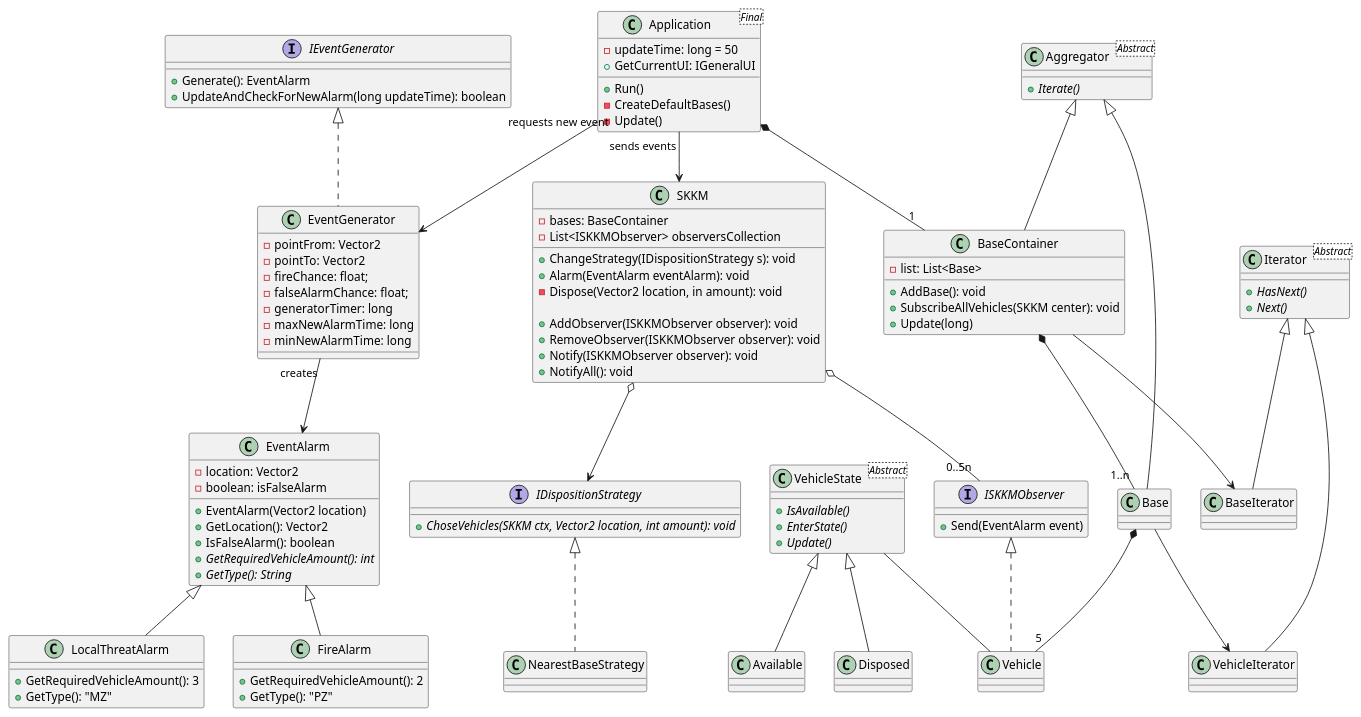
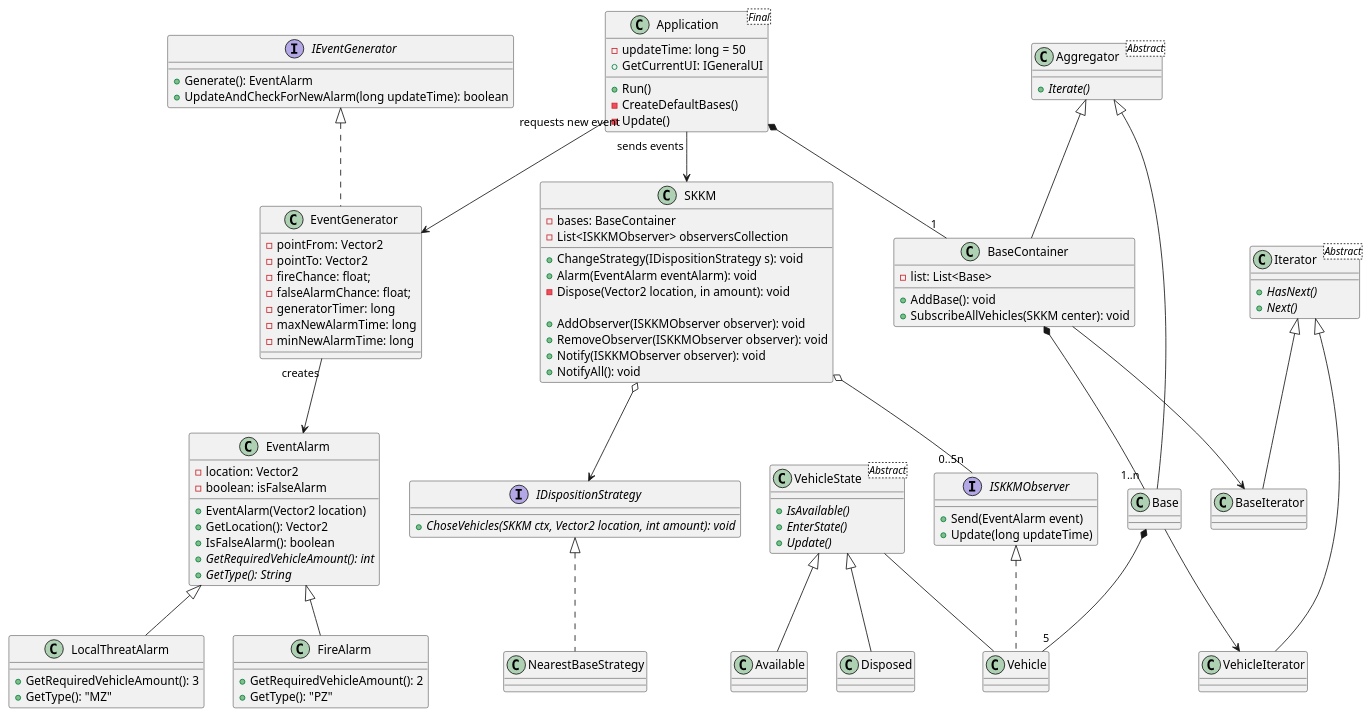
Before and after one commit to CKTA00/TO_lab_5: the diagram in src/uml.puml, drawn with PlantUML. The commit also changed 5 other files, not shown here.

```diff
--- a/src/uml.puml
+++ b/src/uml.puml
@@ -1,143 +1,143 @@
 @startuml
 
 'TODO: Update uml (new VehicleStates, ui, many functions)
 
 class Application <Final>{
     -updateTime: long = 50
     +Run()
     +GetCurrentUI: IGeneralUI
     -CreateDefaultBases()
     -Update()
 }
 
 interface IEventGenerator{
     +Generate(): EventAlarm
     +UpdateAndCheckForNewAlarm(long updateTime): boolean
 }
 
 class EventGenerator implements IEventGenerator{
     -pointFrom: Vector2
     -pointTo: Vector2
     -fireChance: float;
     -falseAlarmChance: float;
     -generatorTimer: long
     -maxNewAlarmTime: long
     -minNewAlarmTime: long
 }
 
 class EventAlarm{
     -location: Vector2
     -boolean: isFalseAlarm
     +EventAlarm(Vector2 location)
     +GetLocation(): Vector2
     +IsFalseAlarm(): boolean
     +<i>GetRequiredVehicleAmount(): int
     +<i>GetType(): String
 }
 
 
 class FireAlarm extends EventAlarm{
     +GetRequiredVehicleAmount(): 2
     +GetType(): "PZ"
 }
 
 class LocalThreatAlarm extends EventAlarm{
     +GetRequiredVehicleAmount(): 3
     +GetType(): "MZ"
 }
 
 interface ISKKMObserver
 {
     +Send(EventAlarm event)
+    +Update(long updateTime)
 }
 
 
 class SKKM{
     -bases: BaseContainer
     -List<ISKKMObserver> observersCollection
     +ChangeStrategy(IDispositionStrategy s): void
     +Alarm(EventAlarm eventAlarm): void
     -Dispose(Vector2 location, in amount): void
 
     +AddObserver(ISKKMObserver observer): void
     +RemoveObserver(ISKKMObserver observer): void
     +Notify(ISKKMObserver observer): void
     +NotifyAll(): void
 }
 
 class Iterator<Abstract>{
     +<i>HasNext()
     +<i>Next()
 }
 class Aggregator<Abstract>{
     +<i>Iterate()
 }
 
 class BaseContainer extends Aggregator
 {
     -list: List<Base>
     +AddBase(): void
     +SubscribeAllVehicles(SKKM center): void
-    +Update(long)
 }
 
 class BaseIterator extends Iterator
 {
 
 }
 
 class Base extends Aggregator
 {
 
 }
 
 class VehicleIterator extends Iterator
 {
 
 }
 
 class Vehicle implements ISKKMObserver{
 
 }
 
 
 
 interface IDispositionStrategy{
     +<i>ChoseVehicles(SKKM ctx, Vector2 location, int amount): void
 }
 
 class NearestBaseStrategy implements IDispositionStrategy {
 }
 
 class VehicleState<Abstract>{
     +<i>IsAvailable()</i>
     +<i>EnterState()</i>
     +<i>Update()</i>
 }
 
 class Available extends VehicleState{
 }
 
 class Disposed extends VehicleState{
 }
 
 
 'Fire ..> "can transition" FalseAlarm
 'OtherEvent ..> "can transition" FalseAlarm
 EventGenerator "creates" --> EventAlarm
 Application "sends events"--> SKKM
 Application "requests new event"--> EventGenerator
 SKKM o-- "0..5n" ISKKMObserver
 SKKM o--> IDispositionStrategy
 Application *--"1" BaseContainer
 BaseContainer *--"1..n" Base
 Base *-- "5" Vehicle
 VehicleState -- Vehicle
 'Main ... NearestBaseStrategy
 
 Base --> VehicleIterator
 BaseContainer --> BaseIterator
 
 
 'note left of EventManager: Update is called every frame\nand is defined by Unity Engine\nin MonoBehaviour
 @enduml
```
